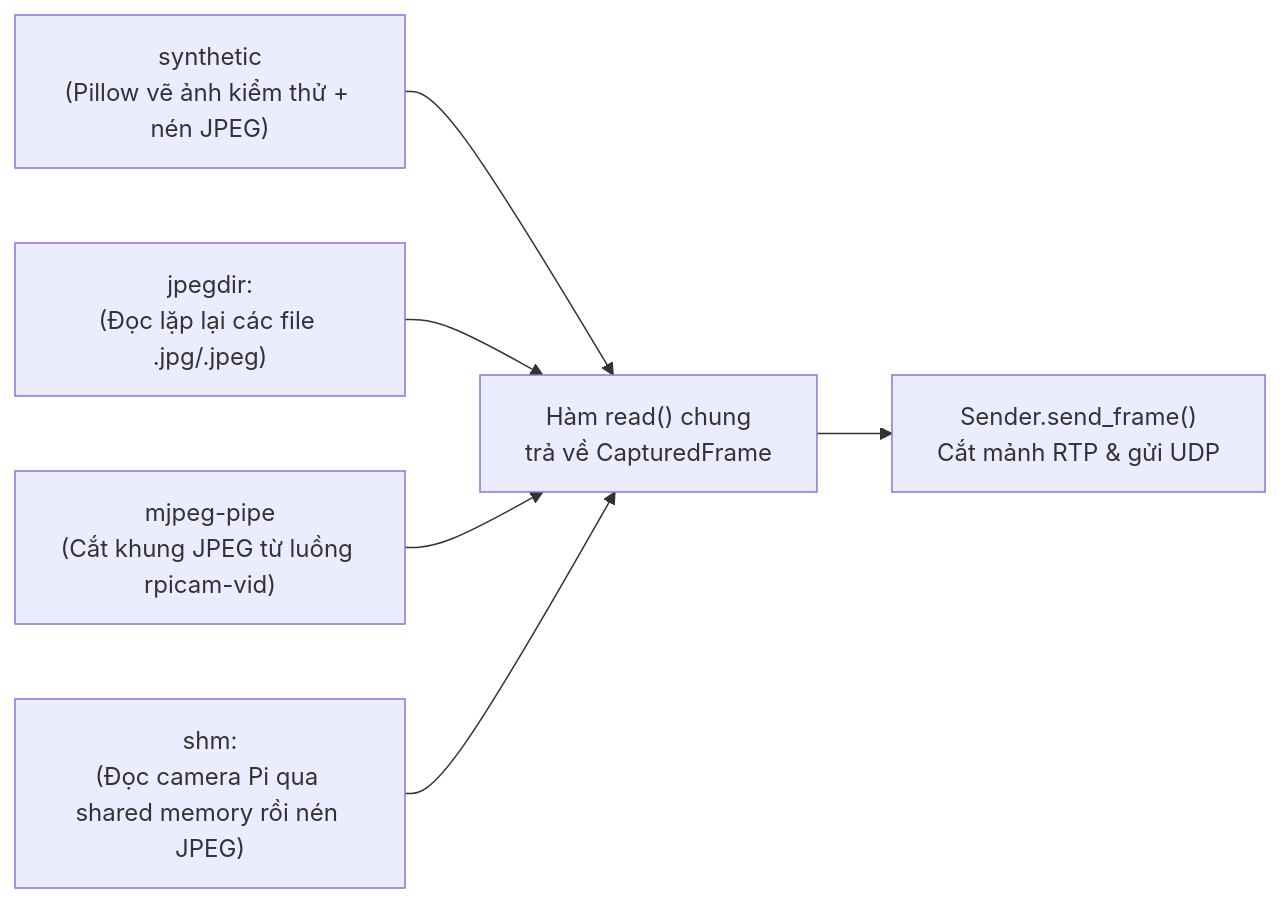
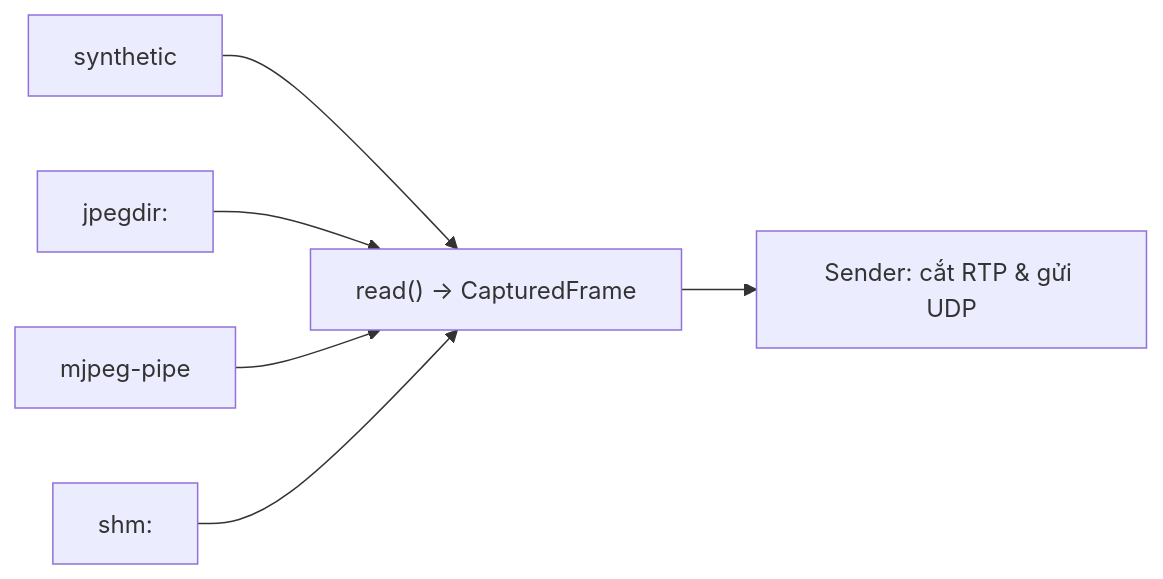
The second of 2 diagrams in study-site/docs/sessions/01-A-cn-product.md (KaiserRichard/edge-ai-video-runtime), drawn with Mermaid before and after one commit. The commit also changed other lines of this file, not shown here.

````diff
--- a/study-site/docs/sessions/01-A-cn-product.md
+++ b/study-site/docs/sessions/01-A-cn-product.md
@@ -280,8 +100,8 @@
 ```mermaid
 flowchart LR
-  S1["synthetic<br/>(Pillow vẽ ảnh kiểm thử + nén JPEG)"] --> IF["Hàm read() chung<br/>trả về CapturedFrame"]
-  S2["jpegdir:<br/>(Đọc lặp lại các file .jpg/.jpeg)"] --> IF
-  S3["mjpeg-pipe<br/>(Cắt khung JPEG từ luồng rpicam-vid)"] --> IF
-  S4["shm:<br/>(Đọc camera Pi qua shared memory rồi nén JPEG)"] --> IF
-  IF --> TX["Sender.send_frame()<br/>Cắt mảnh RTP & gửi UDP"]
+  S1["synthetic"] --> IF["read() → CapturedFrame"]
+  S2["jpegdir:"] --> IF
+  S3["mjpeg-pipe"] --> IF
+  S4["shm:"] --> IF
+  IF --> TX["Sender: cắt RTP & gửi UDP"]
 ```
````
